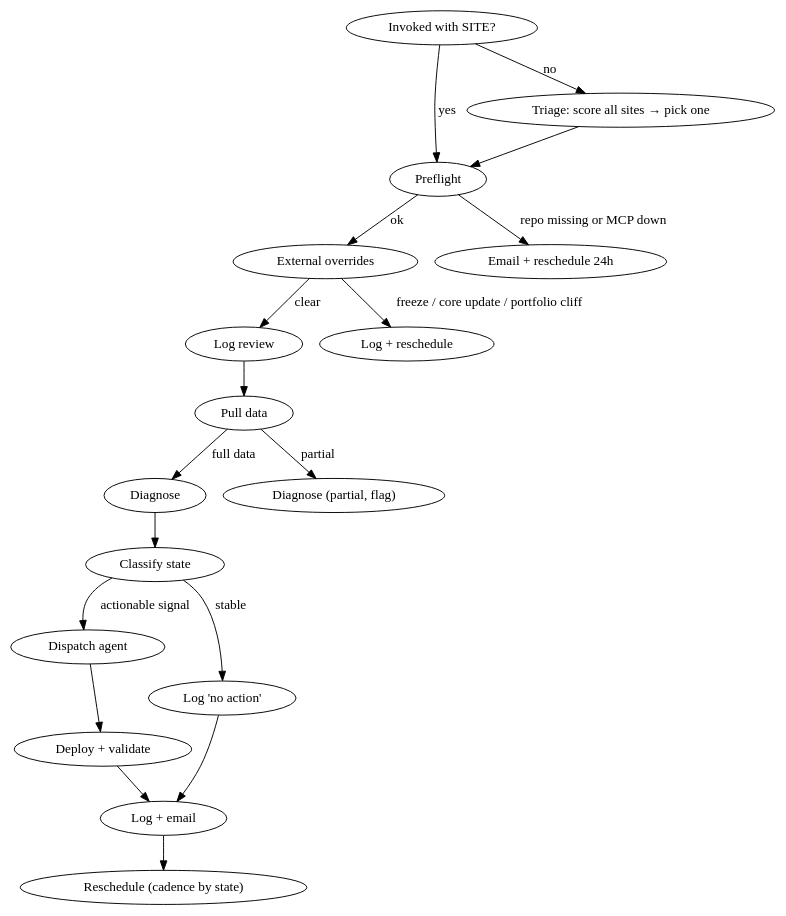
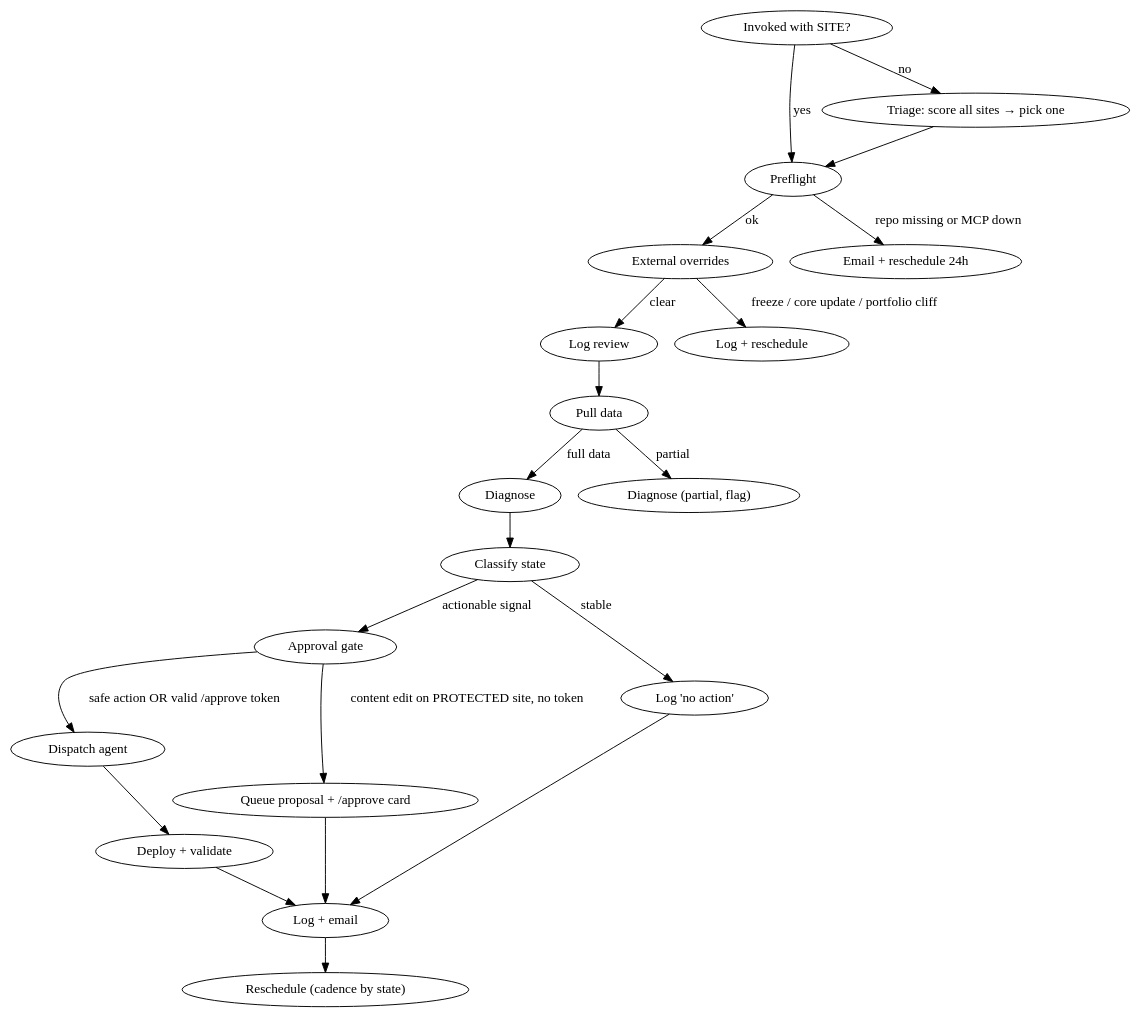
One commit to sunnyp81/sunnyp81 changed the diagram in .claude-backup/skills/seo-monitor-loop/SKILL.md. Above: the diagram before and after it, drawn with Graphviz. The commit also changed other lines of this file and 2 other files, not shown here.

Commit message:
Add live-site content approval gate: seo-monitor-loop Step 3.5 + VPS/agent-core spec

````diff
--- a/.claude-backup/skills/seo-monitor-loop/SKILL.md
+++ b/.claude-backup/skills/seo-monitor-loop/SKILL.md
@@ -66,21 +67,24 @@
 ```dot
 digraph seo_loop {
   "Invoked with SITE?" -> "Preflight" [label="yes"];
   "Invoked with SITE?" -> "Triage: score all sites → pick one" [label="no"];
   "Triage: score all sites → pick one" -> "Preflight";
   "Preflight" -> "External overrides" [label="ok"];
   "Preflight" -> "Email + reschedule 24h" [label="repo missing or MCP down"];
   "External overrides" -> "Log review" [label="clear"];
   "External overrides" -> "Log + reschedule" [label="freeze / core update / portfolio cliff"];
   "Log review" -> "Pull data";
   "Pull data" -> "Diagnose" [label="full data"];
   "Pull data" -> "Diagnose (partial, flag)" [label="partial"];
   "Diagnose" -> "Classify state";
-  "Classify state" -> "Dispatch agent" [label="actionable signal"];
+  "Classify state" -> "Approval gate" [label="actionable signal"];
   "Classify state" -> "Log 'no action'" [label="stable"];
+  "Approval gate" -> "Dispatch agent" [label="safe action OR valid /approve token"];
+  "Approval gate" -> "Queue proposal + /approve card" [label="content edit on PROTECTED site, no token"];
+  "Queue proposal + /approve card" -> "Log + email";
   "Dispatch agent" -> "Deploy + validate";
   "Deploy + validate" -> "Log + email";
   "Log 'no action'" -> "Log + email";
   "Log + email" -> "Reschedule (cadence by state)";
 }
 ```
````
